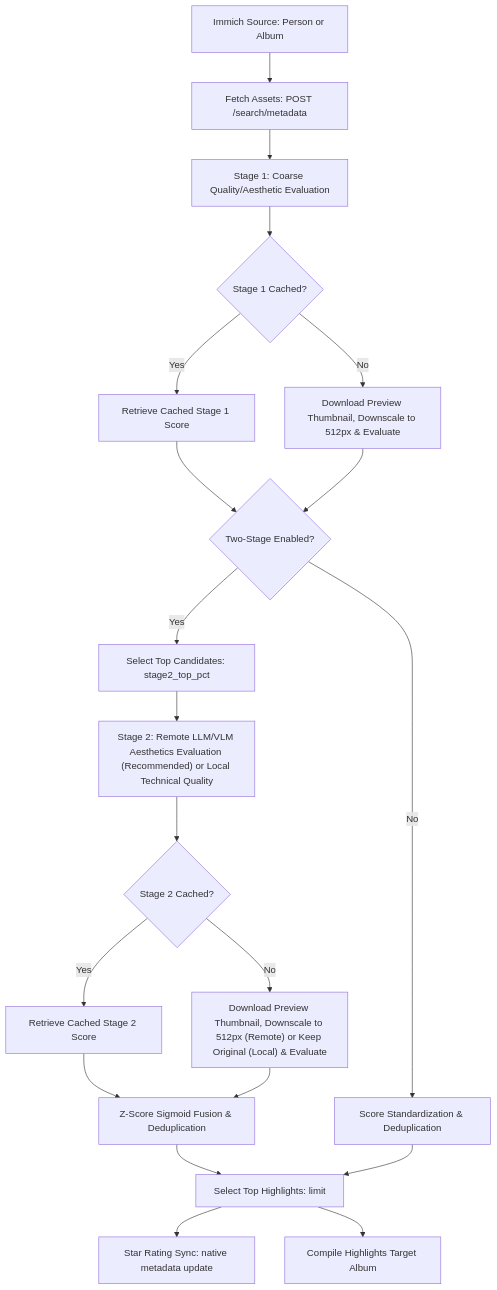
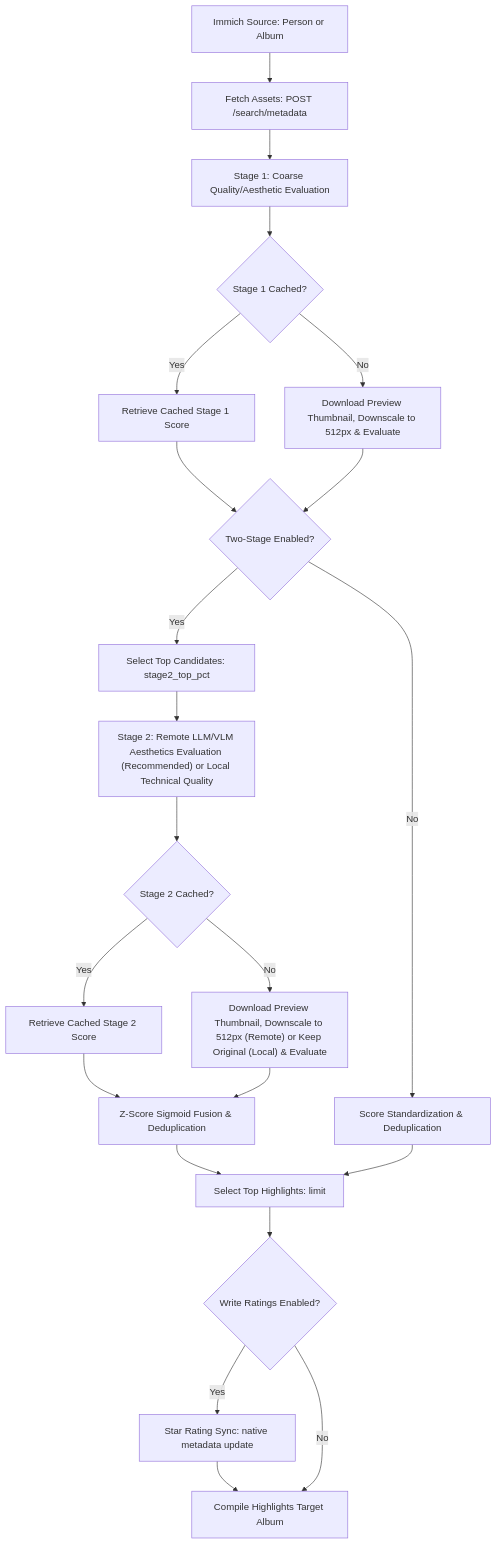
Before and after one commit to jbelew/immich-aesthetic-scorer: the diagram in README.md, drawn with Mermaid. The commit also changed 1 other file, not shown here.

Commit message:
docs: refine final steps of flow diagrams to show conditional write-ratings sync
- Add a check node for Write Ratings Enabled?
- Branch to Star Rating Sync only if enabled before proceeding to Compile Highlights Target Album

````diff
--- a/README.md
+++ b/README.md
@@ -17,26 +17,28 @@
 ```mermaid
 graph TD
     A[Immich Source: Person or Album] --> B[Fetch Assets: POST /search/metadata]
     B --> C[Stage 1: Coarse Quality/Aesthetic Evaluation]
     C --> D{Stage 1 Cached?}
     D -->|Yes| E[Retrieve Cached Stage 1 Score]
     D -->|No| F[Download Preview Thumbnail, Downscale to 512px & Evaluate]
     E --> H{Two-Stage Enabled?}
     F --> H
 
     H -->|Yes| I[Select Top Candidates: stage2_top_pct]
     I --> J["Stage 2: Remote LLM/VLM Aesthetics Evaluation (Recommended) or Local Technical Quality"]
     J --> K{Stage 2 Cached?}
     K -->|Yes| L[Retrieve Cached Stage 2 Score]
     K -->|No| M["Download Preview Thumbnail, Downscale to 512px (Remote) or Keep Original (Local) & Evaluate"]
     L --> N[Z-Score Sigmoid Fusion & Deduplication]
     M --> N
 
     H -->|No| O[Score Standardization & Deduplication]
 
     N --> P[Select Top Highlights: limit]
     O --> P
 
-    P --> Q[Star Rating Sync: native metadata update]
-    P --> R[Compile Highlights Target Album]
+    P --> Q{Write Ratings Enabled?}
+    Q -->|Yes| R[Star Rating Sync: native metadata update]
+    R --> S[Compile Highlights Target Album]
+    Q -->|No| S
 ```
````
